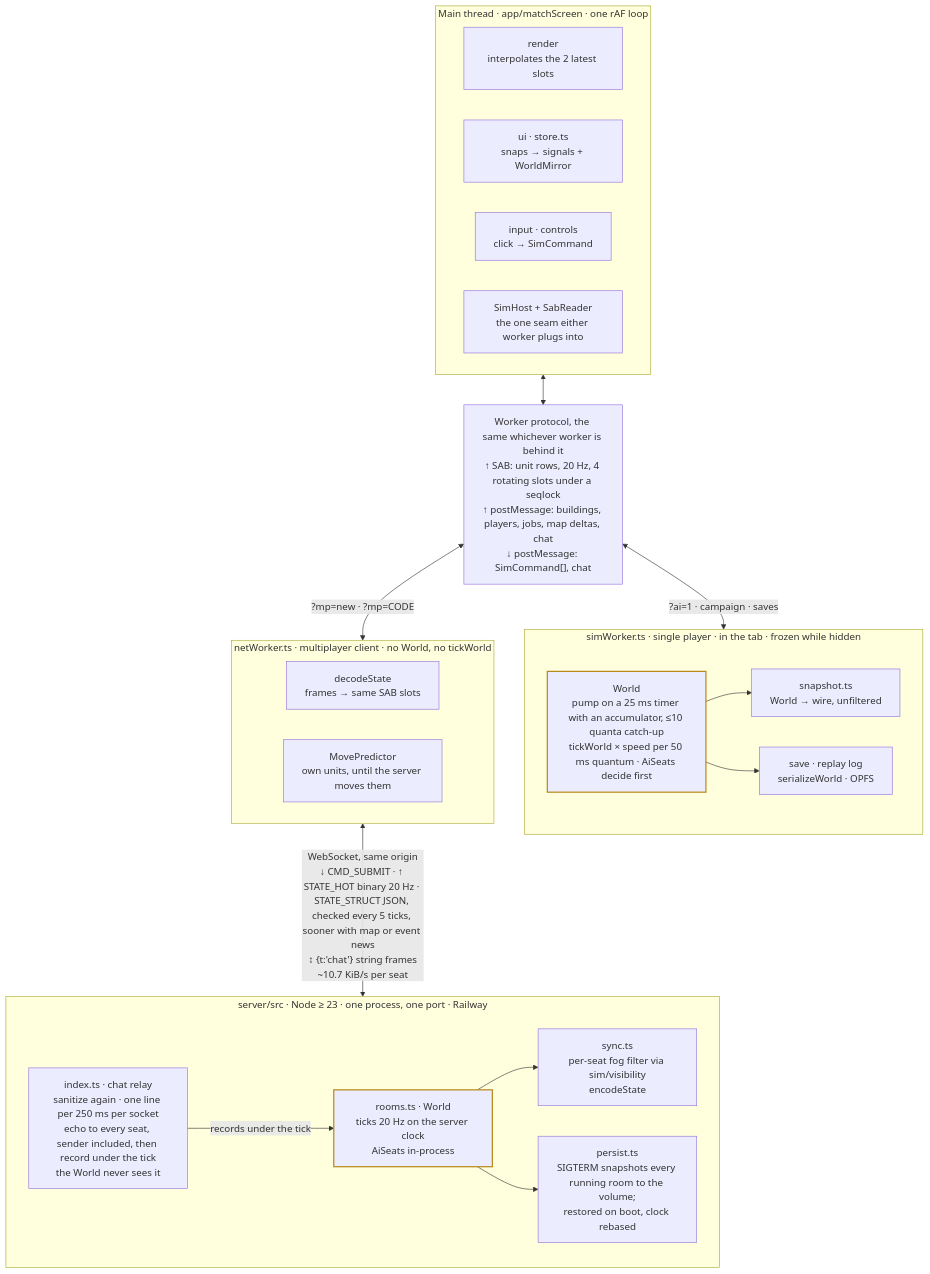
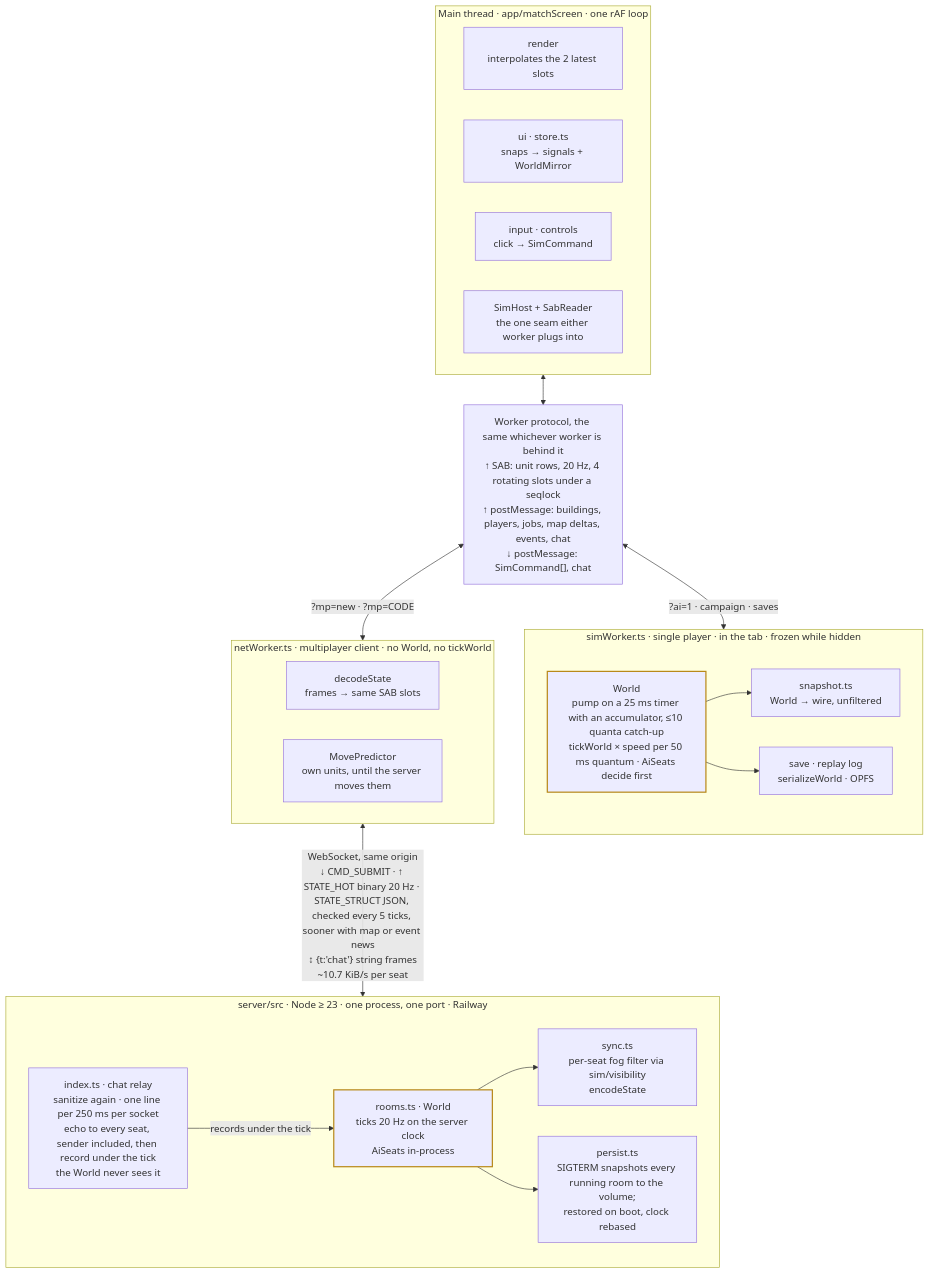
Before and after one commit to arv/serf: the second of 2 diagrams in docs/architecture.md, drawn with Mermaid. The commit also changed other lines of this file and 1 other file, not shown here.

Commit message:
docs(architecture): second review pass
The README pointer no longer puts both owners behind the worker
protocol; the fog paragraph names the aim-blanking rule sync.ts grew
on main; the structural channel lists events; and the four labelled
Mermaid edges use the pipe form GitHub's renderer is documented for.

````diff
--- a/docs/architecture.md
+++ b/docs/architecture.md
@@ -113,43 +113,43 @@
 ```mermaid
 flowchart TB
   subgraph main["Main thread · app/matchScreen · one rAF loop"]
     direction LR
     render["render<br/>interpolates the 2 latest slots"]
     uistore["ui · store.ts<br/>snaps → signals + WorldMirror"]
     controls["input · controls<br/>click → SimCommand"]
     host["SimHost + SabReader<br/>the one seam either worker plugs into"]
   end
-  wire["Worker protocol, the same whichever worker is behind it<br/>↑ SAB: unit rows, 20 Hz, 4 rotating slots under a seqlock<br/>↑ postMessage: buildings, players, jobs, map deltas, chat<br/>↓ postMessage: SimCommand[], chat"]
+  wire["Worker protocol, the same whichever worker is behind it<br/>↑ SAB: unit rows, 20 Hz, 4 rotating slots under a seqlock<br/>↑ postMessage: buildings, players, jobs, map deltas, events, chat<br/>↓ postMessage: SimCommand[], chat"]
   main <--> wire
 
   subgraph solo["simWorker.ts · single player · in the tab · frozen while hidden"]
     world1["World<br/>pump on a 25 ms timer with an accumulator, ≤10 quanta catch-up<br/>tickWorld × speed per 50 ms quantum · AiSeats decide first"]
     snap["snapshot.ts<br/>World → wire, unfiltered"]
     save["save · replay log<br/>serializeWorld · OPFS"]
     world1 --> snap
     world1 --> save
   end
-  wire <-- "?ai=1 · campaign · saves" --> solo
+  wire <-->|"?ai=1 · campaign · saves"| solo
 
   subgraph mp["netWorker.ts · multiplayer client · no World, no tickWorld"]
     direction LR
     decode["decodeState<br/>frames → same SAB slots"]
     predict["MovePredictor<br/>own units, until the server moves them"]
   end
-  wire <-- "?mp=new · ?mp=CODE" --> mp
+  wire <-->|"?mp=new · ?mp=CODE"| mp
 
   subgraph srv["server/src · Node ≥ 23 · one process, one port · Railway"]
     direction LR
     rooms["rooms.ts · World<br/>ticks 20 Hz on the server clock<br/>AiSeats in-process"]
     sync["sync.ts<br/>per-seat fog filter via sim/visibility<br/>encodeState"]
     persist["persist.ts<br/>SIGTERM snapshots every running room to the volume;<br/>restored on boot, clock rebased"]
     relay["index.ts · chat relay<br/>sanitize again · one line per 250 ms per socket<br/>echo to every seat, sender included, then record under the tick<br/>the World never sees it"]
     rooms --> sync
     rooms --> persist
-    relay -- "records under the tick" --> rooms
+    relay -->|"records under the tick"| rooms
   end
-  mp <-- "WebSocket, same origin<br/>↓ CMD_SUBMIT · ↑ STATE_HOT binary 20 Hz · STATE_STRUCT JSON, checked every 5 ticks, sooner with map or event news<br/>↕ {t:'chat'} string frames<br/>~10.7 KiB/s per seat" --> srv
+  mp <-->|"WebSocket, same origin<br/>↓ CMD_SUBMIT · ↑ STATE_HOT binary 20 Hz · STATE_STRUCT JSON, checked every 5 ticks, sooner with map or event news<br/>↕ {t:'chat'} string frames<br/>~10.7 KiB/s per seat"| srv
 
   style world1 stroke:#b8891a,stroke-width:2px
   style rooms stroke:#b8891a,stroke-width:2px
 ```
````
